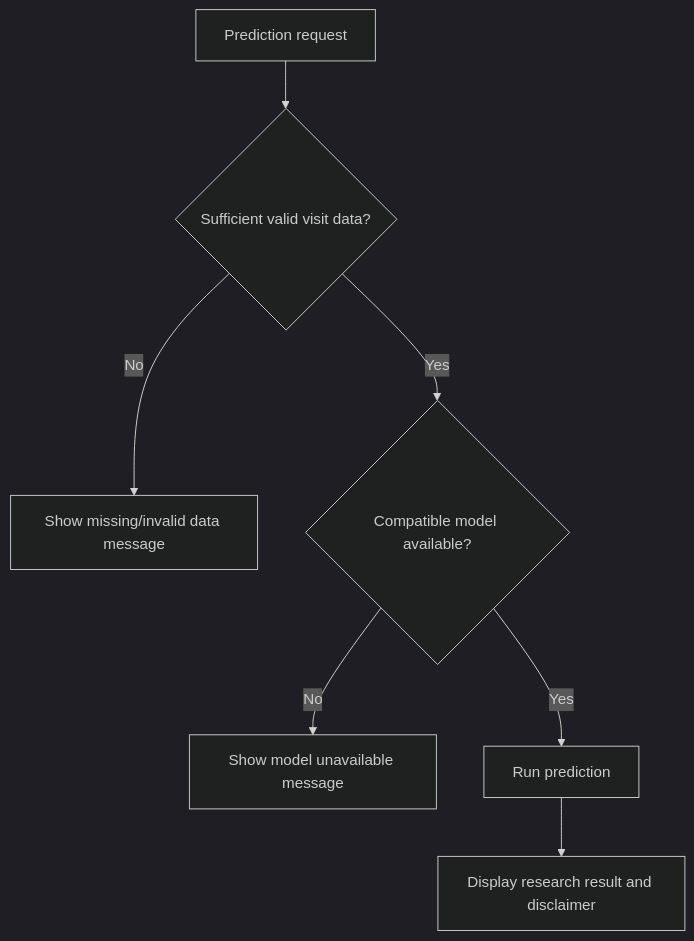
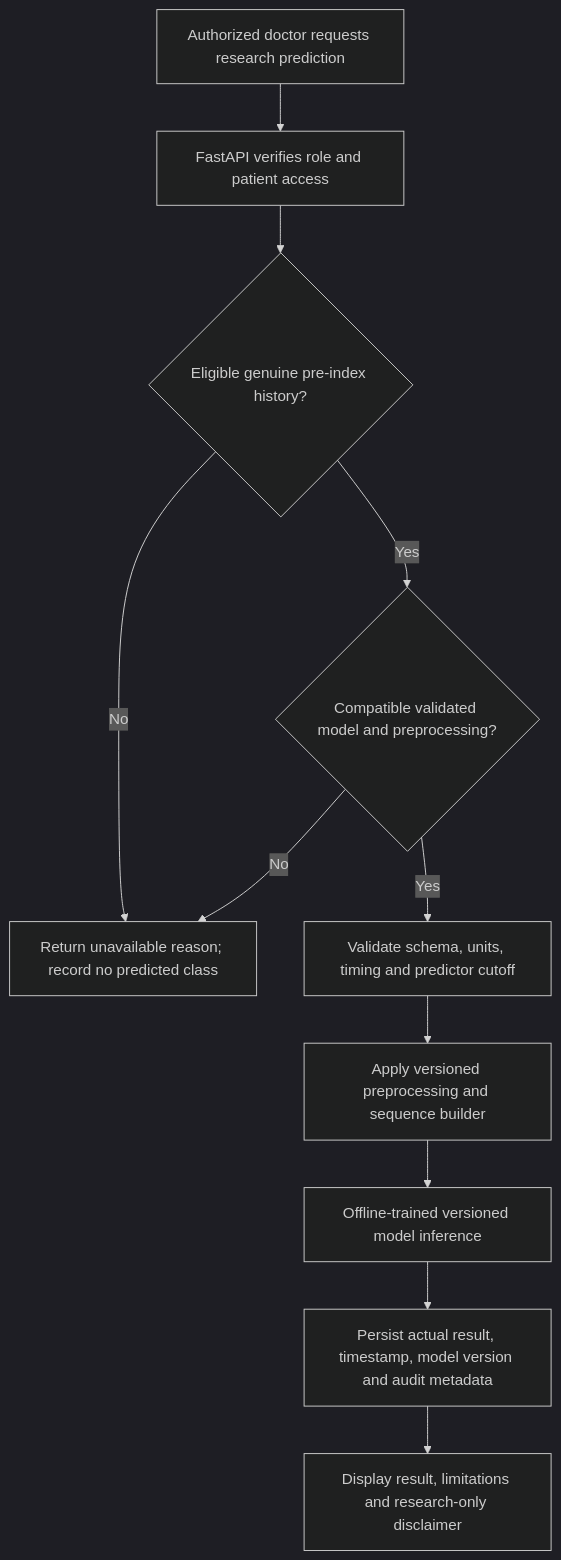
One commit to yashrajagawane/NeuroPredict-MS changed the third of 3 diagrams in MS_Prediction_Project_Handoff/06_WORKFLOWS.md. Above: the diagram before and after it, drawn with Mermaid (dark theme). The commit also changed other lines of this file and 21 other files, not shown here.

````diff
--- a/MS_Prediction_Project_Handoff/06_WORKFLOWS.md
+++ b/MS_Prediction_Project_Handoff/06_WORKFLOWS.md
@@ -36,9 +41,13 @@
 ```mermaid
 flowchart TD
-    A[Prediction request] --> B{Sufficient valid visit data?}
-    B -- No --> C[Show missing/invalid data message]
-    B -- Yes --> D{Compatible model available?}
-    D -- No --> E[Show model unavailable message]
-    D -- Yes --> F[Run prediction]
-    F --> G[Display research result and disclaimer]
+    A[Authorized doctor requests research prediction] --> B[FastAPI verifies role and patient access]
+    B --> C{Eligible genuine pre-index history?}
+    C -- No --> U[Return unavailable reason; record no predicted class]
+    C -- Yes --> D{Compatible validated model and preprocessing?}
+    D -- No --> U
+    D -- Yes --> E[Validate schema, units, timing and predictor cutoff]
+    E --> F[Apply versioned preprocessing and sequence builder]
+    F --> G[Offline-trained versioned model inference]
+    G --> H[Persist actual result, timestamp, model version and audit metadata]
+    H --> I[Display result, limitations and research-only disclaimer]
 ```
````
